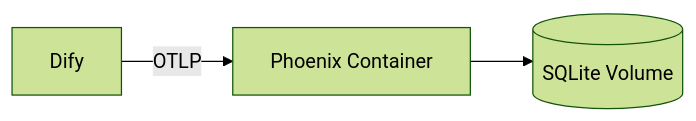
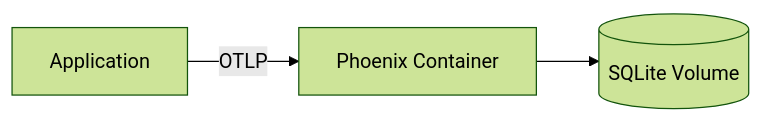
The fourth of 15 diagrams in weekly-report/phoenix-langfuse-research.md (sgfd-ui/internship), drawn with Mermaid (forest theme) before and after one commit. The commit also changed other lines of this file, not shown here.

Commit message:
docs: generalize Phoenix and Langfuse research to Agent platform scope

````diff
--- a/weekly-report/phoenix-langfuse-research.md
+++ b/weekly-report/phoenix-langfuse-research.md
@@ -173,5 +141,5 @@
 ```mermaid
 flowchart LR
-    D[Dify] -->|OTLP| P[Phoenix Container]
+    A[Application] -->|OTLP| P[Phoenix Container]
     P --> DB[(SQLite Volume)]
 ```
````
